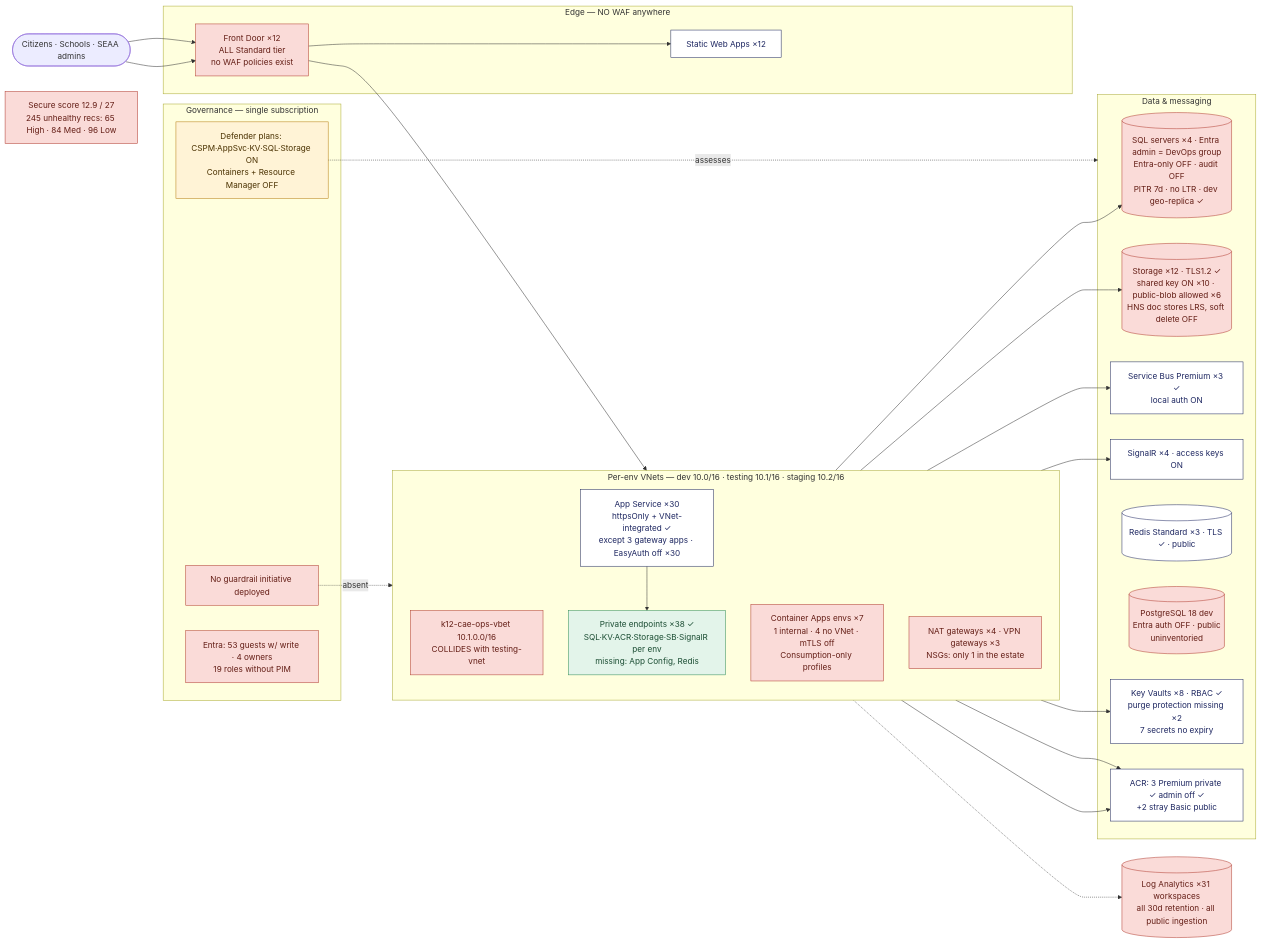
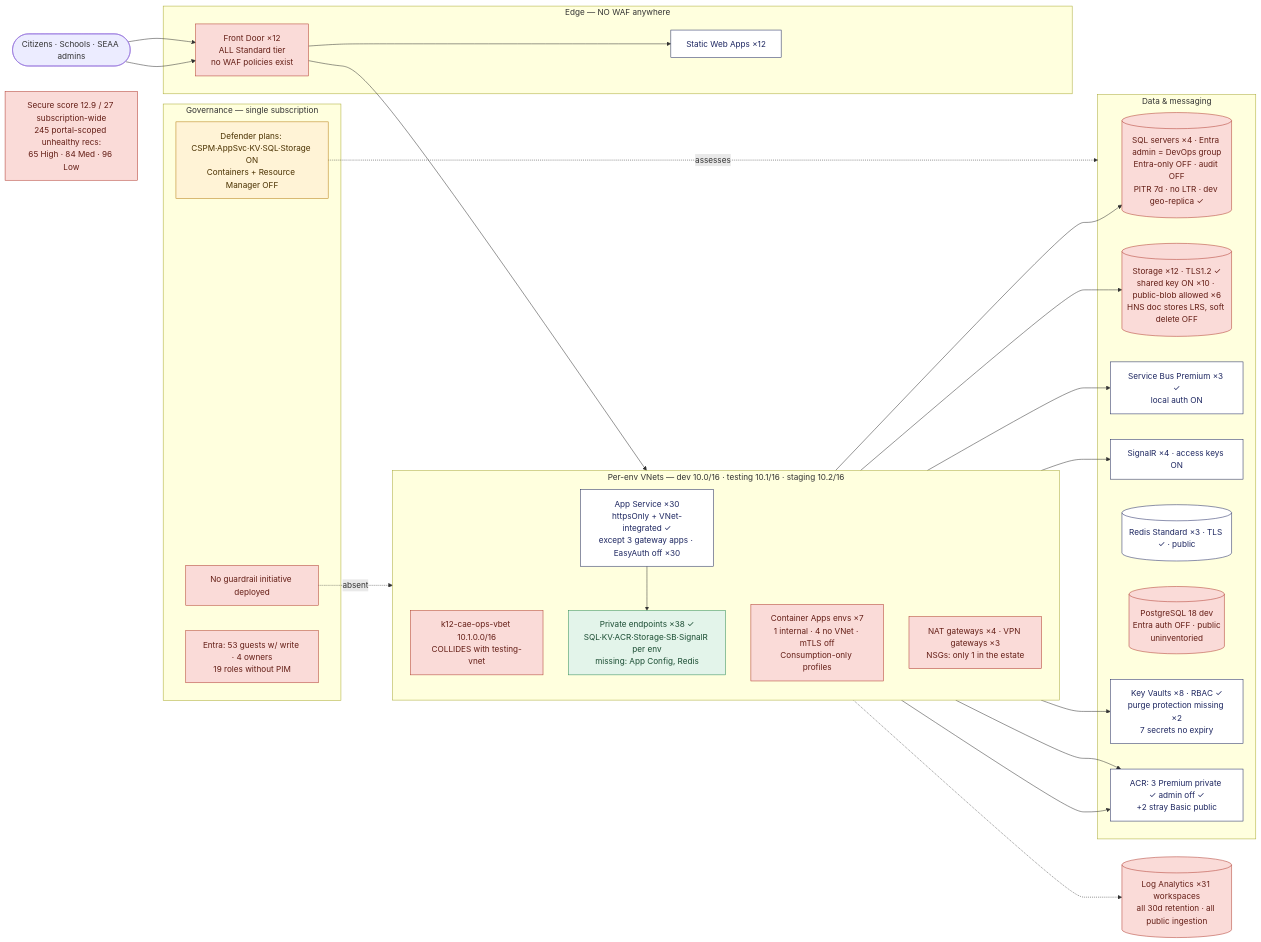
Before and after one commit to tfxdevelopment/k12-Arch: the diagram in security/azure-remediation/defender-package/diagrams/04-current-state-commercial.mmd, drawn with Mermaid. The commit also changed 18 other files, not shown here.

```diff
--- a/security/azure-remediation/defender-package/diagrams/04-current-state-commercial.mmd
+++ b/security/azure-remediation/defender-package/diagrams/04-current-state-commercial.mmd
@@ -1,53 +1,53 @@
 %% K12 MyPortal — CURRENT state, commercial tenant (live query 2026-09-07, k12-cms excluded)
 %% Counts are per the whole subscription (dev + testing + staging share sub "K12 Azure")
 flowchart LR
   classDef edge fill:#CADCFC,stroke:#1E2761,color:#1E2761
   classDef warn fill:#FADBD8,stroke:#B03A2E,color:#641E16
   classDef ok fill:#E3F4EA,stroke:#2E8B57,color:#1B4D33
   classDef paas fill:#FFFFFF,stroke:#1E2761,color:#1E2761
   classDef gov fill:#FFF3D6,stroke:#B57A12,color:#4A3100
 
   users([Citizens · Schools · SEAA admins])
 
   subgraph edge[Edge — NO WAF anywhere]
     afd[Front Door ×12<br/>ALL Standard tier<br/>no WAF policies exist]:::warn
     swa[Static Web Apps ×12]:::paas
   end
 
   subgraph vnets[Per-env VNets — dev 10.0/16 · testing 10.1/16 · staging 10.2/16]
     direction TB
     collide[k12-cae-ops-vbet 10.1.0.0/16<br/>COLLIDES with testing-vnet]:::warn
     apps[App Service ×30<br/>httpsOnly + VNet-integrated ✓<br/>except 3 gateway apps · EasyAuth off ×30]:::paas
     aca[Container Apps envs ×7<br/>1 internal · 4 no VNet · mTLS off<br/>Consumption-only profiles]:::warn
     nat[NAT gateways ×4 · VPN gateways ×3<br/>NSGs: only 1 in the estate]:::warn
     pes[Private endpoints ×38 ✓<br/>SQL·KV·ACR·Storage·SB·SignalR per env<br/>missing: App Config, Redis]:::ok
   end
 
   subgraph data[Data & messaging]
     sql[(SQL servers ×4 · Entra admin = DevOps group<br/>Entra-only OFF · audit OFF<br/>PITR 7d · no LTR · dev geo-replica ✓)]:::warn
     st[(Storage ×12 · TLS1.2 ✓<br/>shared key ON ×10 · public-blob allowed ×6<br/>HNS doc stores LRS, soft delete OFF)]:::warn
     sb[Service Bus Premium ×3 ✓<br/>local auth ON]:::paas
     sr[SignalR ×4 · access keys ON]:::paas
     redis[(Redis Standard ×3 · TLS ✓ · public)]:::paas
     pg[(PostgreSQL 18 dev<br/>Entra auth OFF · public<br/>uninventoried)]:::warn
     kv[Key Vaults ×8 · RBAC ✓<br/>purge protection missing ×2<br/>7 secrets no expiry]:::paas
     acr[ACR: 3 Premium private ✓ admin off ✓<br/>+2 stray Basic public]:::paas
   end
 
   subgraph govn[Governance — single subscription]
     defender[Defender plans: CSPM·AppSvc·KV·SQL·Storage ON<br/>Containers + Resource Manager OFF]:::gov
     policy[No guardrail initiative deployed]:::warn
     idn[Entra: 53 guests w/ write · 4 owners<br/>19 roles without PIM]:::warn
   end
 
   law[(Log Analytics ×31 workspaces<br/>all 30d retention · all public ingestion)]:::warn
 
   users --> afd --> swa
   users --> afd --> apps
   apps --> pes --> sql & st & sb & sr & kv & acr
   aca --> acr
   apps -.-> law
   defender -. assesses .-> data
   policy -. absent .-> vnets
 
-  score[Secure score 12.9 / 27<br/>245 unhealthy recs: 65 High · 84 Med · 96 Low]:::warn
+  score[Secure score 12.9 / 27 subscription-wide<br/>245 portal-scoped unhealthy recs:<br/>65 High · 84 Med · 96 Low]:::warn
```
